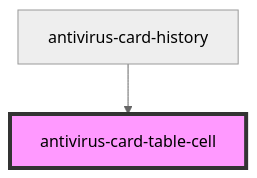
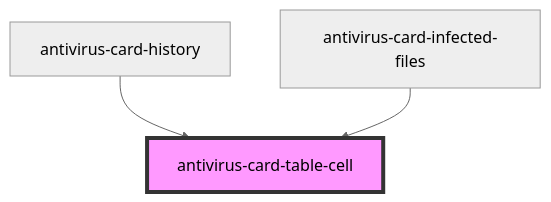
Before and after one commit to ispsystem/plugin-imunify: the diagram in packages/antivirus-card/src/components/table-cell/readme.md, drawn with Mermaid (neutral theme). The commit also changed other lines of this file and 9 other files, not shown here.

````diff
--- a/packages/antivirus-card/src/components/table-cell/readme.md
+++ b/packages/antivirus-card/src/components/table-cell/readme.md
@@ -25,5 +26,6 @@
 ```mermaid
 graph TD;
   antivirus-card-history --> antivirus-card-table-cell
+  antivirus-card-infected-files --> antivirus-card-table-cell
   style antivirus-card-table-cell fill:#f9f,stroke:#333,stroke-width:4px
 ```
````
